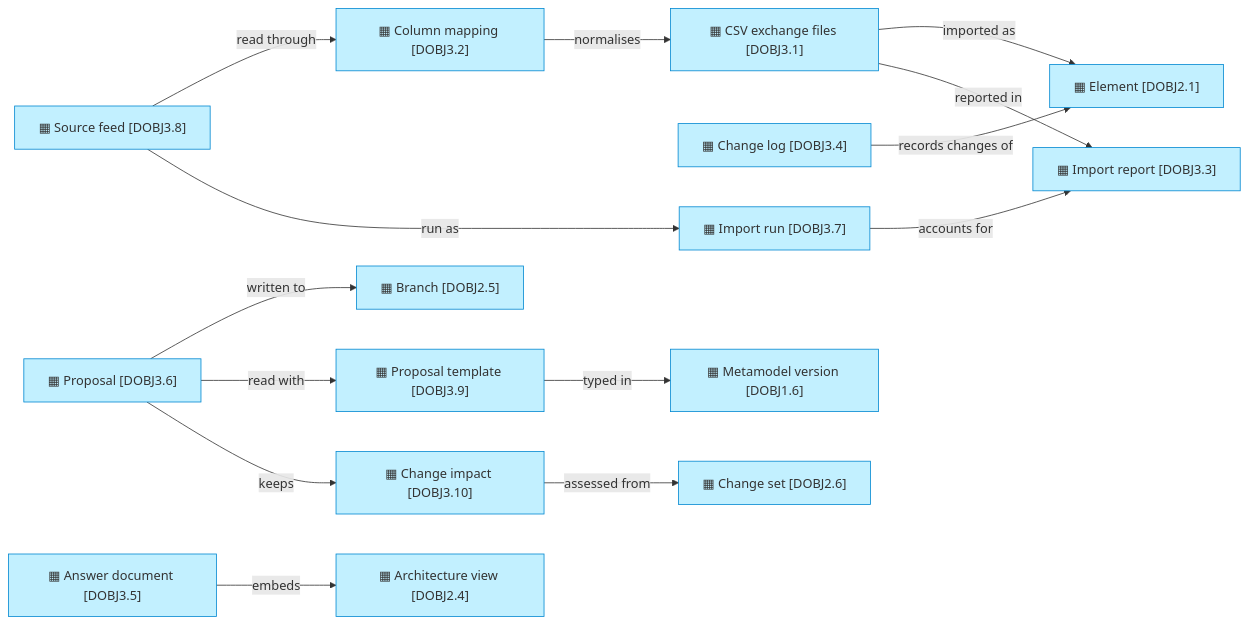
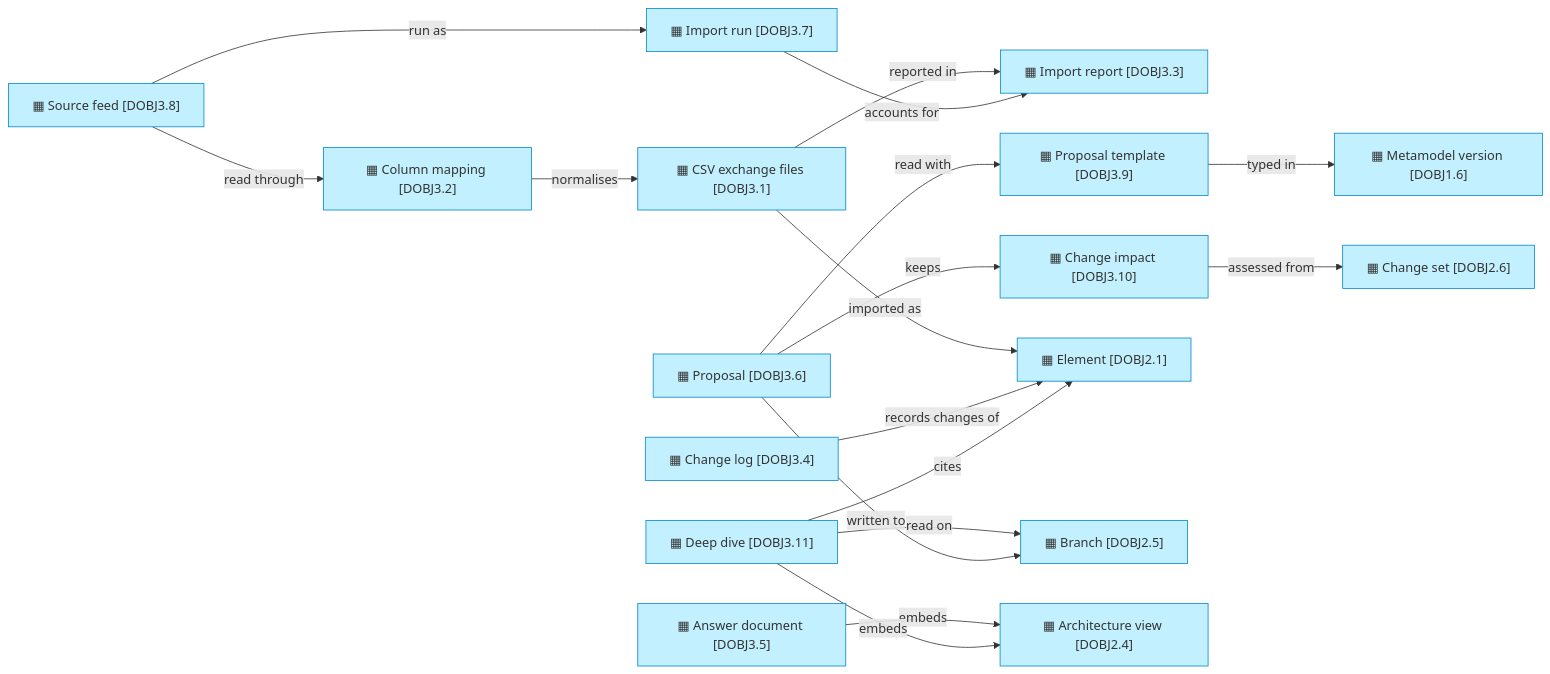
One commit to roanboc/dbx-enterprise-architecture changed the fourth of 4 diagrams in architecture/3_information/1_data-objects.md. Above: the diagram before and after it, drawn with Mermaid. The commit also changed other lines of this file and 9 other files, not shown here.

First line of the commit message:
docs(architecture): initiative 25 widened at the Requester's word — deep dives kept, rated and handed out as a pack

````diff
--- a/architecture/3_information/1_data-objects.md
+++ b/architecture/3_information/1_data-objects.md
@@ -122,33 +123,37 @@
 ```mermaid
 flowchart LR
   csv["▦ CSV exchange files [DOBJ3.1]"]:::application
   map["▦ Column mapping [DOBJ3.2]"]:::application
   rep["▦ Import report [DOBJ3.3]"]:::application
   log["▦ Change log [DOBJ3.4]"]:::application
   ans["▦ Answer document [DOBJ3.5]"]:::application
   prop["▦ Proposal [DOBJ3.6]"]:::application
   run["▦ Import run [DOBJ3.7]"]:::application
   feed["▦ Source feed [DOBJ3.8]"]:::application
   tpl["▦ Proposal template [DOBJ3.9]"]:::application
   imp["▦ Change impact [DOBJ3.10]"]:::application
+  deep["▦ Deep dive [DOBJ3.11]"]:::application
   el["▦ Element [DOBJ2.1]"]:::application
   br["▦ Branch [DOBJ2.5]"]:::application
   cs["▦ Change set [DOBJ2.6]"]:::application
   ver["▦ Metamodel version [DOBJ1.6]"]:::application
   view["▦ Architecture view [DOBJ2.4]"]:::application
   map -->|normalises| csv
   csv -->|imported as| el
   csv -->|reported in| rep
   log -->|records changes of| el
   ans -->|embeds| view
+  deep -->|embeds| view
+  deep -->|cites| el
+  deep -->|read on| br
   prop -->|written to| br
   prop -->|read with| tpl
   prop -->|keeps| imp
   imp -->|assessed from| cs
   tpl -->|typed in| ver
   feed -->|read through| map
   run -->|accounts for| rep
   feed -->|run as| run
 
   classDef application fill:#c2f0ff,stroke:#0288d1,color:#333
 ```
````
